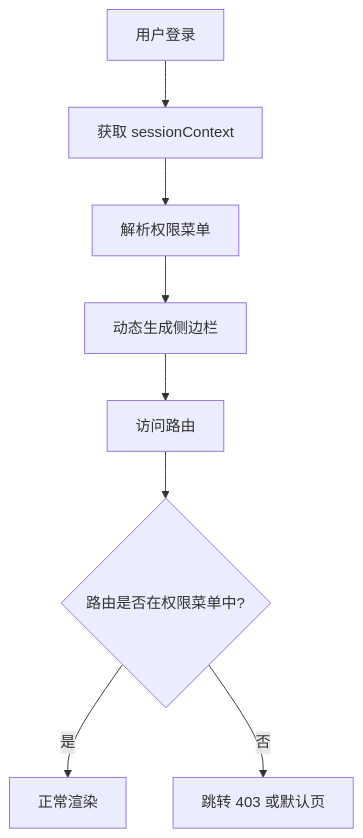
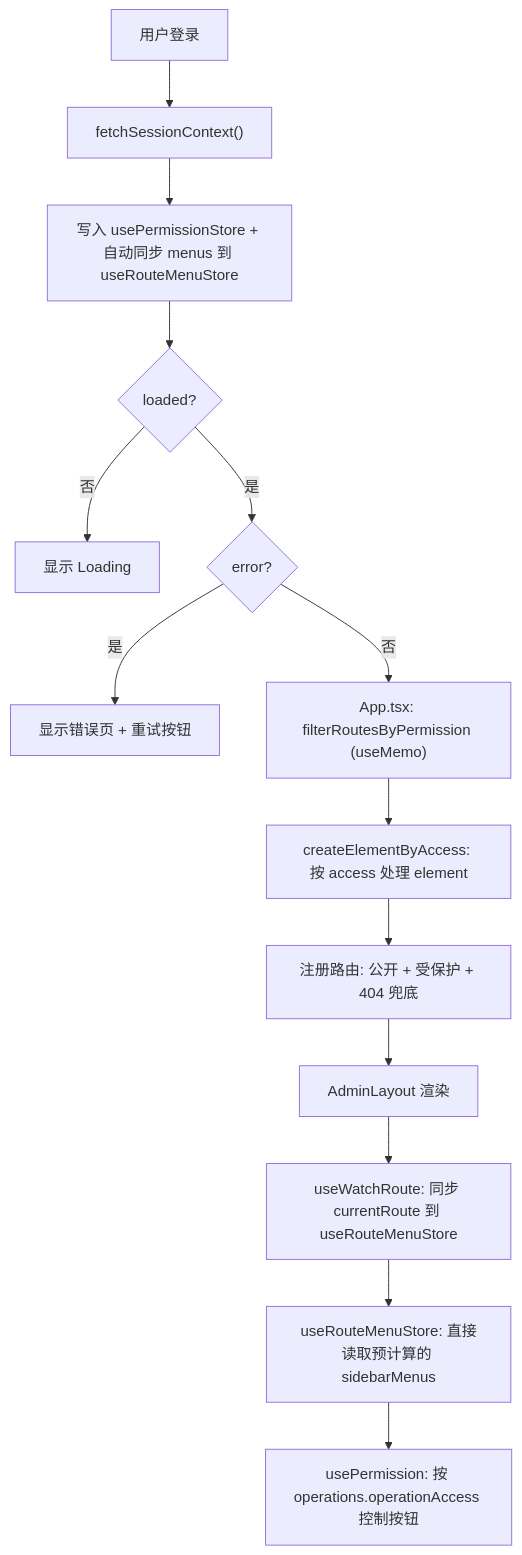
Before and after one commit to TomorrowLM/lm-document: the fourth of 9 diagrams in document/技术方案/路由生成插件与权限控制技术方案.md, drawn with Mermaid. The commit also changed other lines of this file and 13 other files, not shown here.

````diff
--- a/document/技术方案/路由生成插件与权限控制技术方案.md
+++ b/document/技术方案/路由生成插件与权限控制技术方案.md
@@ -45,10 +125,16 @@
 ```mermaid
 graph TD
-    A[用户登录] --> B[获取 sessionContext]
-    B --> C[解析权限菜单]
-    C --> D[动态生成侧边栏]
-    D --> E[访问路由]
-    E --> F{路由是否在权限菜单中?}
-    F -->|是| G[正常渲染]
-    F -->|否| H[跳转 403 或默认页]
+    A[用户登录] --> B["fetchSessionContext()"]
+    B --> C["写入 usePermissionStore + 自动同步 menus 到 useRouteMenuStore"]
+    C --> D{loaded?}
+    D --> |否| E[显示 Loading]
+    D --> |是| D2{error?}
+    D2 --> |是| D3[显示错误页 + 重试按钮]
+    D2 --> |否| F["App.tsx: filterRoutesByPermission (useMemo)"]
+    F --> G["createElementByAccess: 按 access 处理 element"]
+    G --> H["注册路由: 公开 + 受保护 + 404 兜底"]
+    H --> I["AdminLayout 渲染"]
+    I --> J["useWatchRoute: 同步 currentRoute 到 useRouteMenuStore"]
+    J --> K["useRouteMenuStore: 直接读取预计算的 sidebarMenus"]
+    K --> L["usePermission: 按 operations.operationAccess 控制按钮"]
 ```
````
